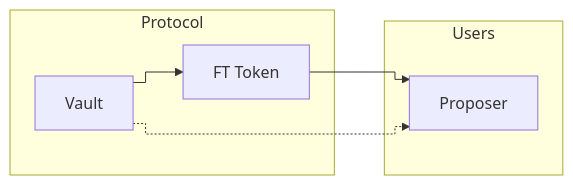
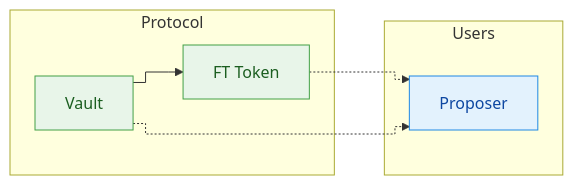
One commit to sudostake/sudostake_contracts_near changed diagram 11 of 13 in value_flows.md. Above: the diagram before and after it, drawn with Mermaid. The commit also changed other lines of this file, not shown here.

First line of the commit message:
Revise and expand Vault value flows guide

````diff
--- a/value_flows.md
+++ b/value_flows.md
@@ -262,13 +273,18 @@
 ```mermaid
 %%{init: {'flowchart': {'curve': 'step'}}}%%
 flowchart LR
   subgraph Protocol
     V[Vault]
     T[FT Token]
   end
   subgraph Users
     PZ[Proposer]
   end
-  V --> T --> PZ
+  V --> T
+  T -.-> PZ
   V -.-> PZ
+  classDef user fill:#E3F2FD,stroke:#1E88E5,color:#0D47A1;
+  classDef protocol fill:#E8F5E9,stroke:#43A047,color:#1B5E20;
+  class PZ user
+  class V,T protocol
 ```
````
